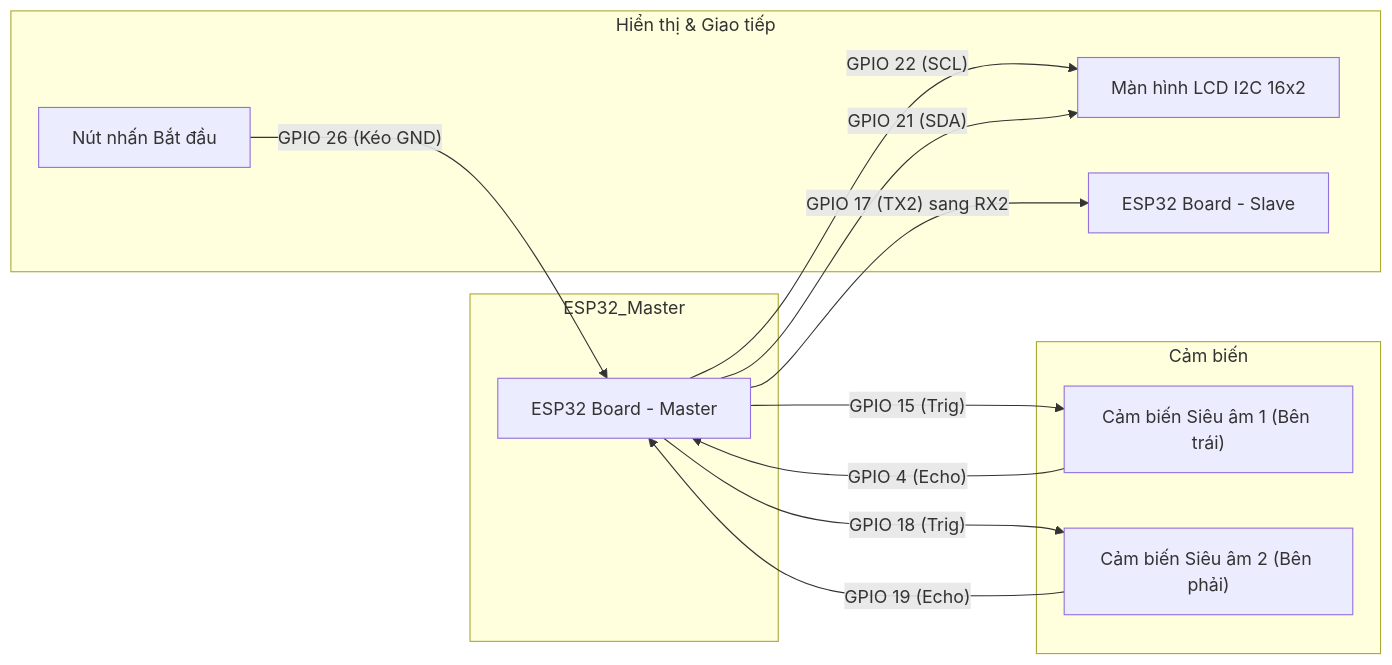
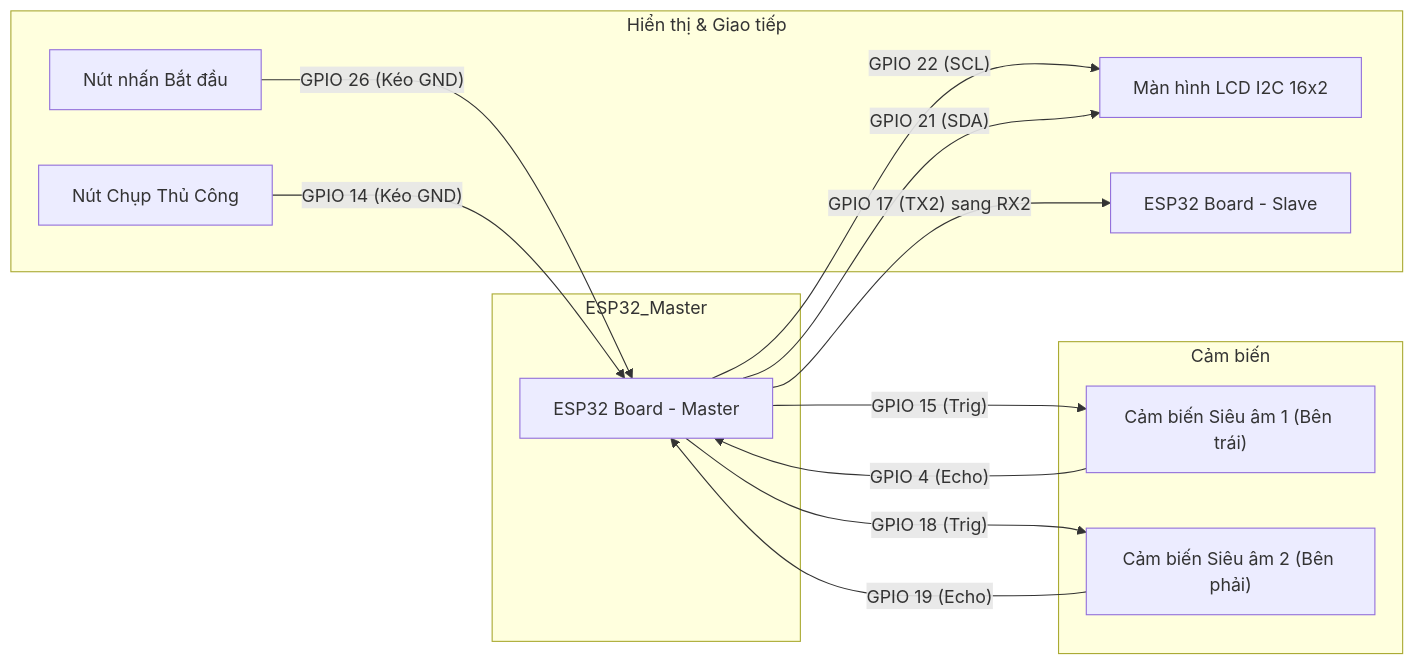
One commit to Nam19ti/IOT_ changed the first of 2 diagrams in README.md. Above: the diagram before and after it, drawn with Mermaid. The commit also changed other lines of this file and 8 other files, not shown here.

````diff
--- a/README.md
+++ b/README.md
@@ -31,35 +31,37 @@
 ```mermaid
 graph LR
     subgraph ESP32_Master["ESP32_Master"]
         ESP32["ESP32 Board - Master"]
     end
 
     subgraph CamBien["Cảm biến"]
         CB1["Cảm biến Siêu âm 1 (Bên trái)"]
         CB2["Cảm biến Siêu âm 2 (Bên phải)"]
     end
 
     subgraph HienThi["Hiển thị & Giao tiếp"]
         LCD["Màn hình LCD I2C 16x2"]
         BTN_START["Nút nhấn Bắt đầu"]
+        BTN_MANUAL["Nút Chụp Thủ Công"]
         ESP32_Slave["ESP32 Board - Slave"]
     end
 
     %% Kết nối CB1
     ESP32 -->|"GPIO 15 (Trig)"| CB1
     CB1 -->|"GPIO 4 (Echo)"| ESP32
 
     %% Kết nối CB2
     ESP32 -->|"GPIO 18 (Trig)"| CB2
     CB2 -->|"GPIO 19 (Echo)"| ESP32
 
     %% Kết nối LCD qua I2C
     ESP32 -->|"GPIO 22 (SCL)"| LCD
     ESP32 -->|"GPIO 21 (SDA)"| LCD
     
     %% Kết nối Giao tiếp UART (Master -> Slave)
     ESP32 -->|"GPIO 17 (TX2) sang RX2"| ESP32_Slave
     
     %% Kết nối Nút bấm
     BTN_START -->|"GPIO 26 (Kéo GND)"| ESP32
+    BTN_MANUAL -->|"GPIO 14 (Kéo GND)"| ESP32
 ```
````
